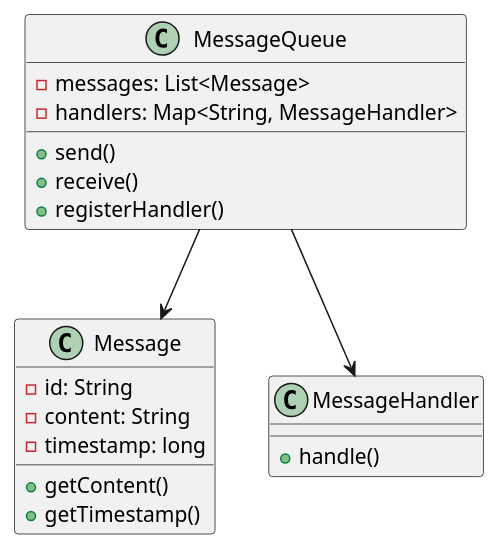
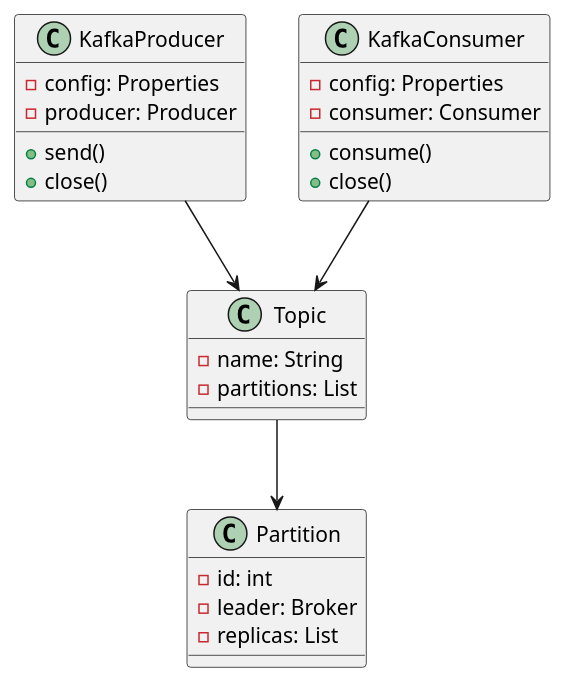
Before and after one commit to fine5351/info-sync: the second of 3 diagrams in doc/learning/architecture/message_queue_tutorial.md, drawn with PlantUML. The commit also changed other lines of this file and 9 other files, not shown here.

````diff
--- a/doc/learning/architecture/message_queue_tutorial.md
+++ b/doc/learning/architecture/message_queue_tutorial.md
@@ -99,26 +170,32 @@
 ```plantuml
 @startuml
-class Message {
-    - id: String
-    - content: String
-    - timestamp: long
-    + getContent()
-    + getTimestamp()
+class KafkaProducer {
+    - config: Properties
+    - producer: Producer
+    + send()
+    + close()
 }
 
-class MessageQueue {
-    - messages: List<Message>
-    - handlers: Map<String, MessageHandler>
-    + send()
-    + receive()
-    + registerHandler()
+class KafkaConsumer {
+    - config: Properties
+    - consumer: Consumer
+    + consume()
+    + close()
 }
 
-class MessageHandler {
-    + handle()
+class Topic {
+    - name: String
+    - partitions: List
 }
 
-MessageQueue --> Message
-MessageQueue --> MessageHandler
+class Partition {
+    - id: int
+    - leader: Broker
+    - replicas: List
+}
+
+KafkaProducer --> Topic
+KafkaConsumer --> Topic
+Topic --> Partition
 @enduml
 ```
````
